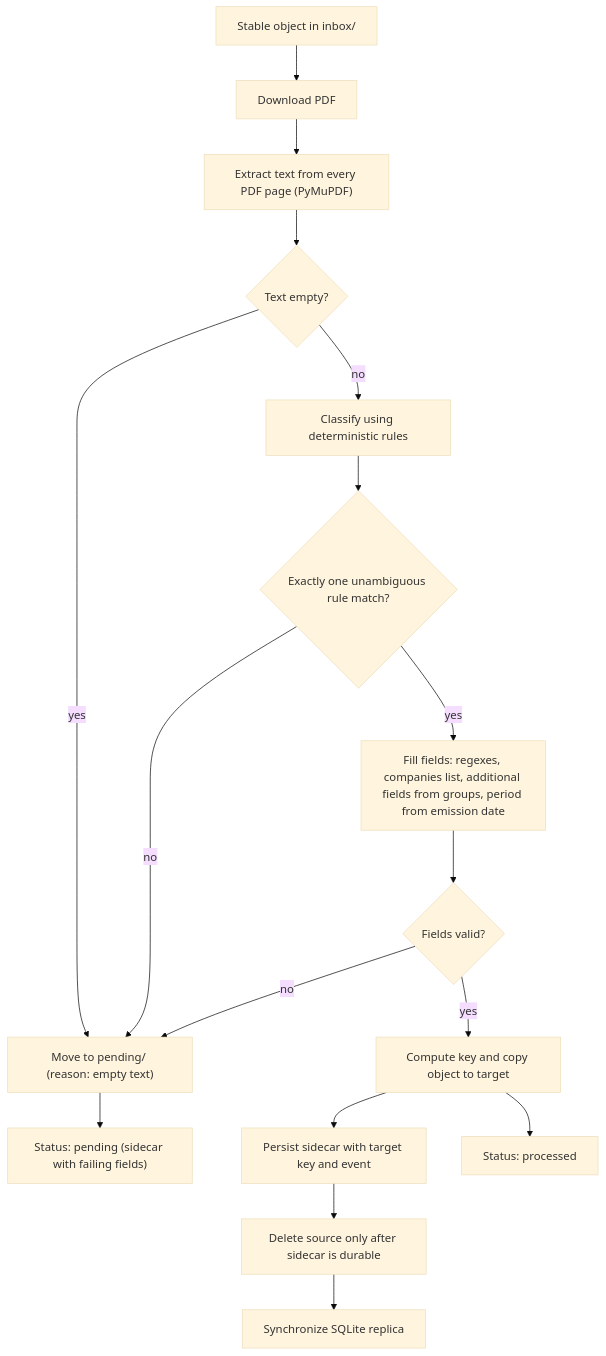
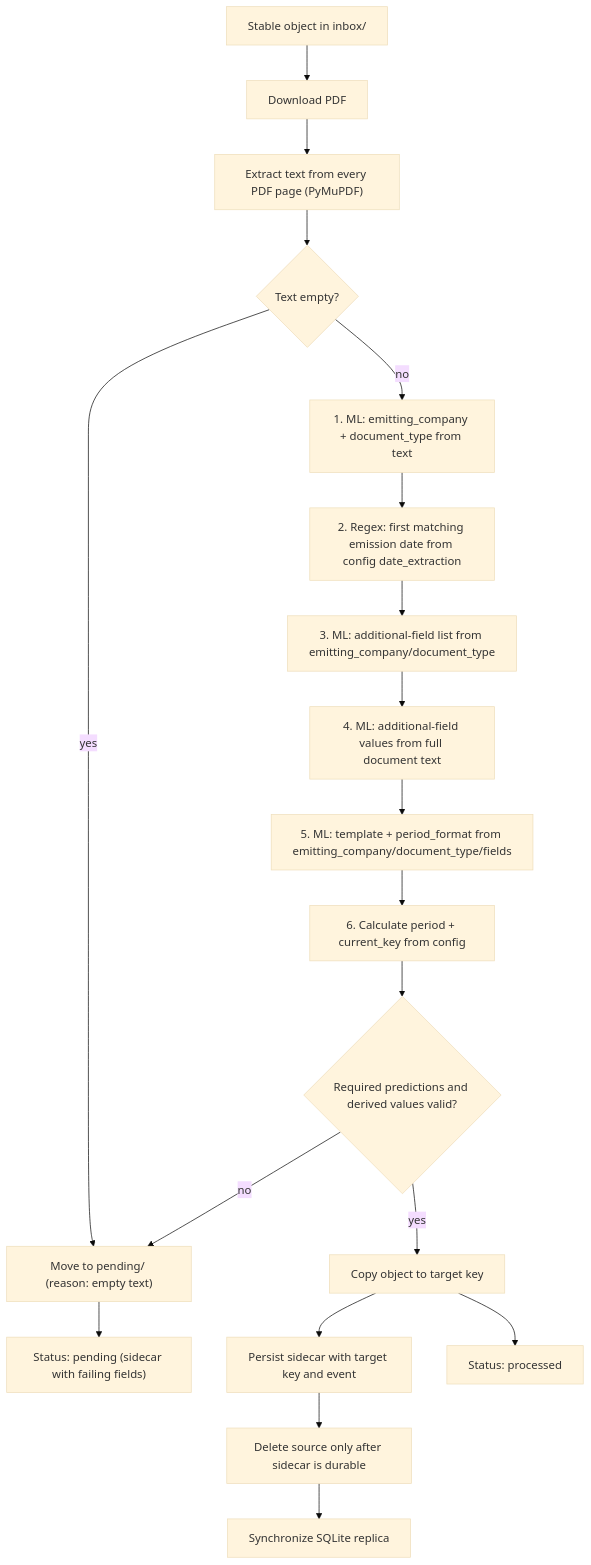
One commit to napnap75/multiarch-docker-images changed the second of 3 diagrams in automatic-pdf-renamer/arch.md. Above: the diagram before and after it, drawn with Mermaid (base theme). The commit also changed other lines of this file and 22 other files, not shown here.

````diff
--- a/automatic-pdf-renamer/arch.md
+++ b/automatic-pdf-renamer/arch.md
@@ -100,19 +109,21 @@
 ```mermaid
 flowchart TD
   in["Stable object in inbox/"] --> dl["Download PDF"]
   dl --> tx["Extract text from every PDF page (PyMuPDF)"]
   tx --> empty{"Text empty?"}
   empty -- yes --> pending["Move to pending/ (reason: empty text)"]
-  empty -- no --> cls["Classify using deterministic rules"]
-  cls --> unamb{"Exactly one unambiguous rule match?"}
-  unamb -- no --> pending
-  unamb -- yes --> fill["Fill fields: regexes, companies list, additional fields from groups, period from emission date"]
-  fill --> valid{"Fields valid?"}
+  empty -- no --> company["1. ML: emitting_company + document_type from text"]
+  company --> date["2. Regex: first matching emission date from config date_extraction"]
+  date --> groups["3. ML: additional-field list from emitting_company/document_type"]
+  groups --> values["4. ML: additional-field values from full document text"]
+  values --> final["5. ML: template + period_format from emitting_company/document_type/fields"]
+  final --> derived["6. Calculate period + current_key from config"]
+  derived --> valid{"Required predictions and derived values valid?"}
   valid -- no --> pending
-  valid -- yes --> rename["Compute key and copy object to target"]
+  valid -- yes --> rename["Copy object to target key"]
   rename --> sidecar["Persist sidecar with target key and event"]
   sidecar --> delete["Delete source only after sidecar is durable"]
   delete --> sqlite["Synchronize SQLite replica"]
   rename --> done["Status: processed"]
   pending --> wait["Status: pending (sidecar with failing fields)"]
 ```
````
